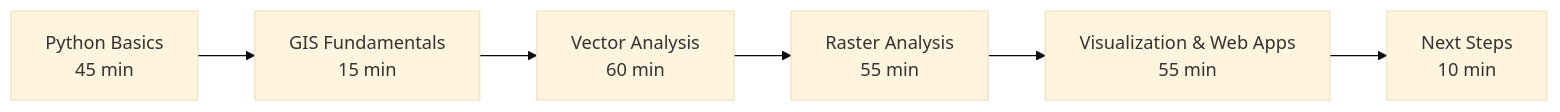
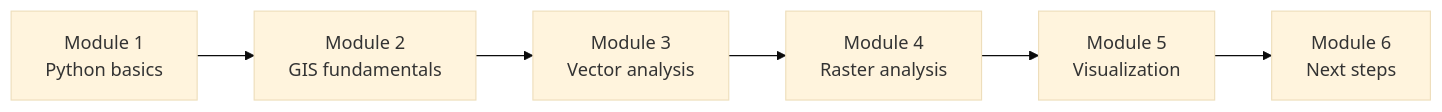
The first of 2 diagrams in docs/index.md (Rotten-Grapes-Pvt-Ltd/Geopython-101), drawn with Mermaid (base theme) before and after one commit. The commit also changed other lines of this file and 5 other files, not shown here.

Commit message:
Refactor GIS Fundamentals module: update learning goals, enhance vector and raster data explanations, and clarify CRS concepts. Add new diagrams for geographic and projected CRS. Revise index for improved course structure and clarity.

````diff
--- a/docs/index.md
+++ b/docs/index.md
@@ -13,8 +13,8 @@
 ```mermaid
 graph LR
-    A[Python Basics<br/>45 min] --> B[GIS Fundamentals<br/>15 min]
-    B --> C[Vector Analysis<br/>60 min]
-    C --> D[Raster Analysis<br/>55 min]
-    D --> E[Visualization & Web Apps<br/>55 min]
-    E --> F[Next Steps<br/>10 min]
+    A[Module 1<br/>Python basics] --> B[Module 2<br/>GIS fundamentals]
+    B --> C[Module 3<br/>Vector analysis]
+    C --> D[Module 4<br/>Raster analysis]
+    D --> E[Module 5<br/>Visualization]
+    E --> F[Module 6<br/>Next steps]
 ```
````
